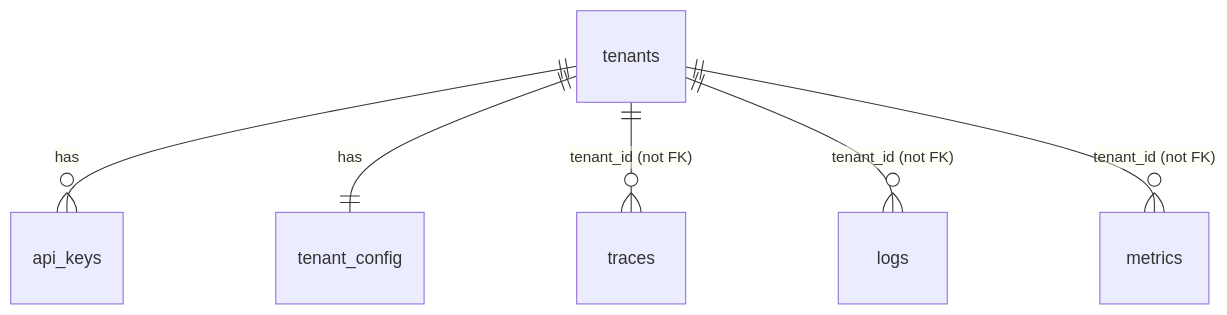
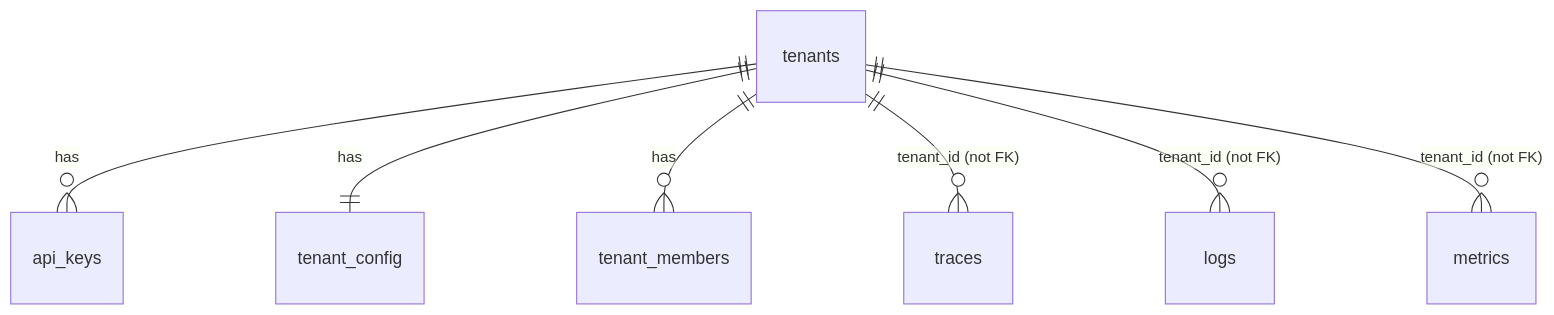
Before and after one commit to getargvio/argvio: the diagram in docs/schema.md, drawn with Mermaid. The commit also changed other lines of this file and 45 other files, not shown here.

````diff
--- a/docs/schema.md
+++ b/docs/schema.md
@@ -47,8 +48,9 @@
 ```mermaid
 erDiagram
     tenants ||--o{ api_keys : "has"
     tenants ||--|| tenant_config : "has"
+    tenants ||--o{ tenant_members : "has"
     tenants ||--o{ traces : "tenant_id (not FK)"
     tenants ||--o{ logs : "tenant_id (not FK)"
     tenants ||--o{ metrics : "tenant_id (not FK)"
 ```
````
